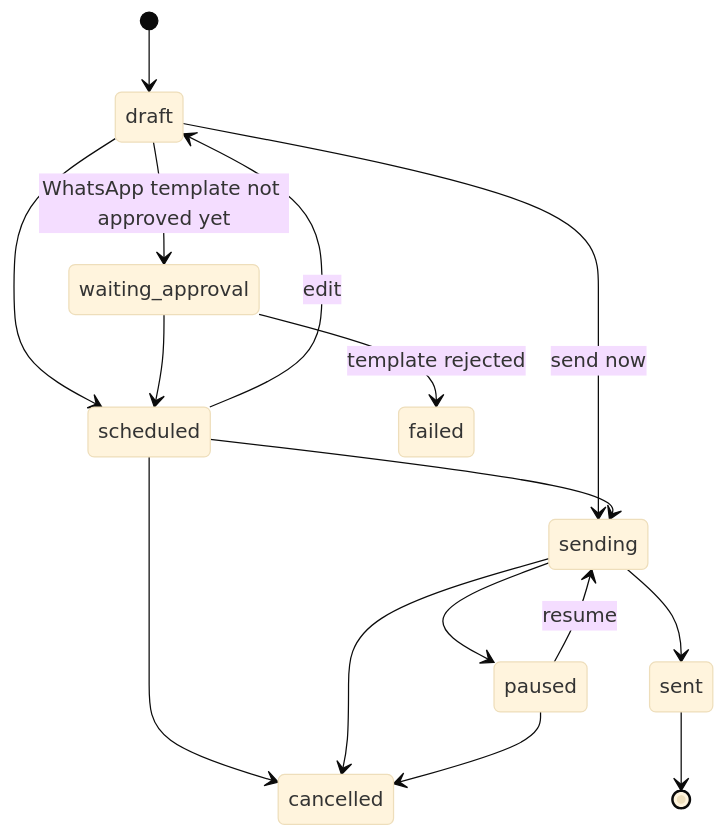
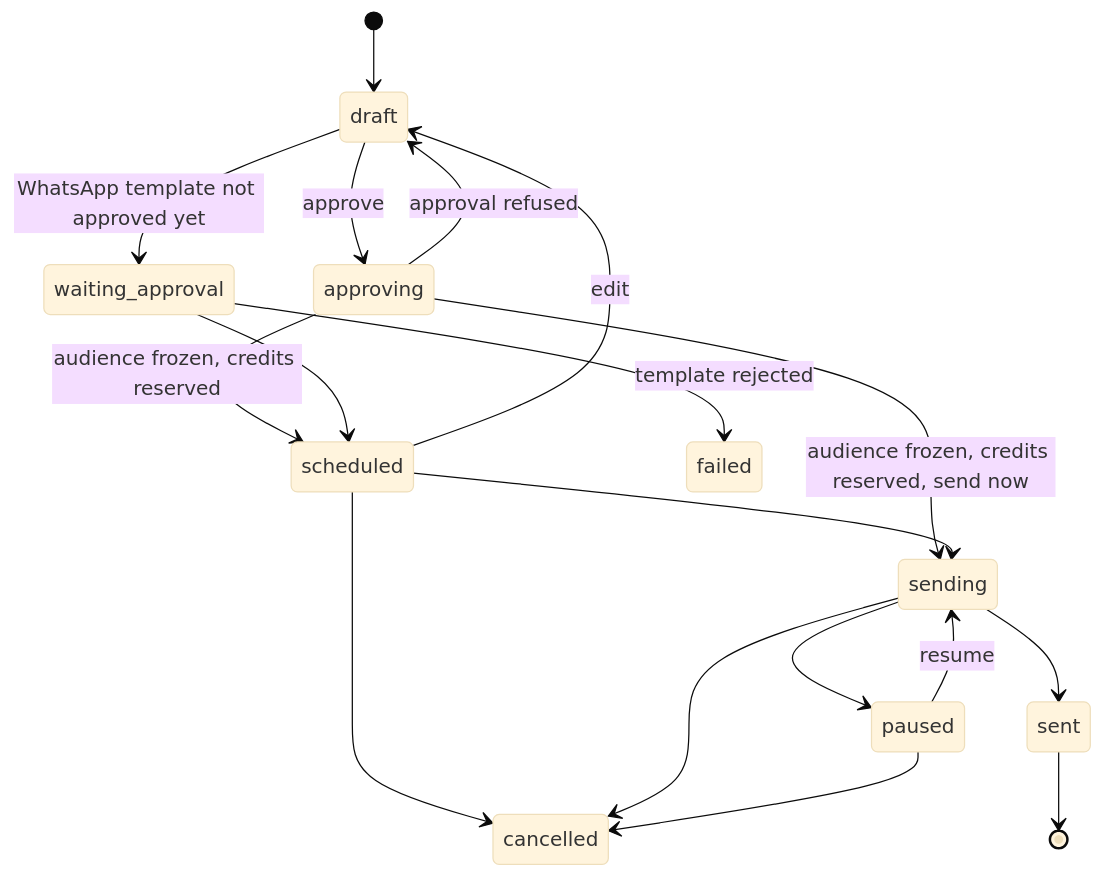
Before and after one commit to iamaaasif/dakly-app: the third of 3 diagrams in docs/data/state-machines.md, drawn with Mermaid (base theme). The commit also changed other lines of this file and 14 other files, not shown here.

````diff
--- a/docs/data/state-machines.md
+++ b/docs/data/state-machines.md
@@ -93,18 +93,20 @@
 ```mermaid
 stateDiagram-v2
     [*] --> draft
     draft --> waiting_approval: WhatsApp template not approved yet
-    draft --> scheduled
-    draft --> sending: send now
+    draft --> approving: approve
+    approving --> scheduled: audience frozen, credits reserved
+    approving --> sending: audience frozen, credits reserved, send now
+    approving --> draft: approval refused
     waiting_approval --> scheduled
     waiting_approval --> failed: template rejected
     scheduled --> sending
     scheduled --> cancelled
     scheduled --> draft: edit
     sending --> paused
     sending --> sent
     sending --> cancelled
     paused --> sending: resume
     paused --> cancelled
     sent --> [*]
 ```
````
